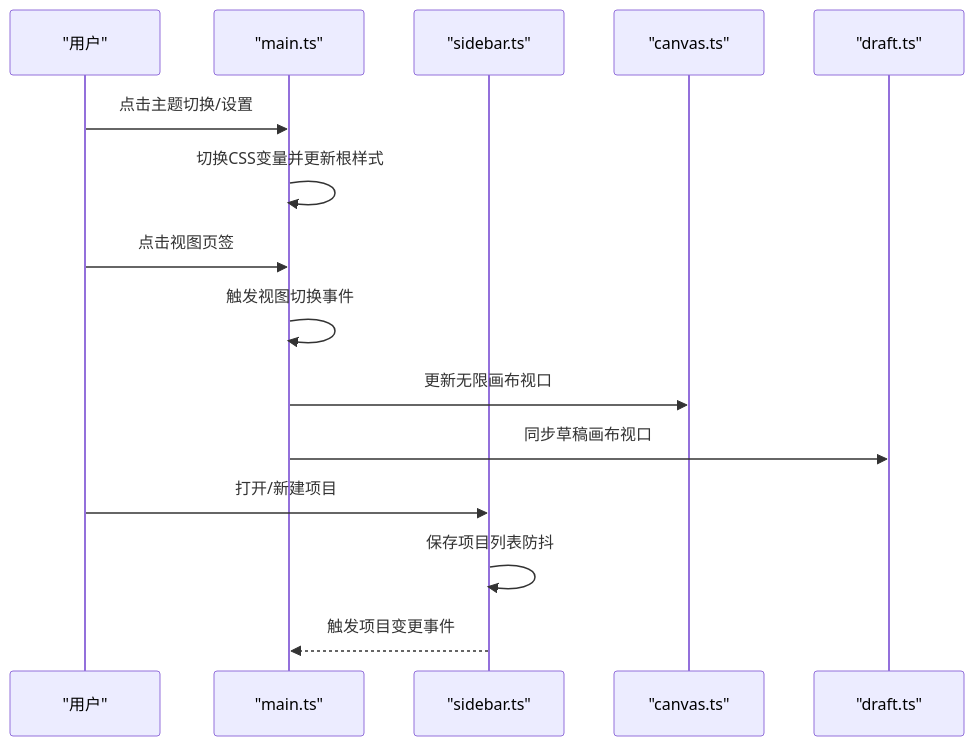
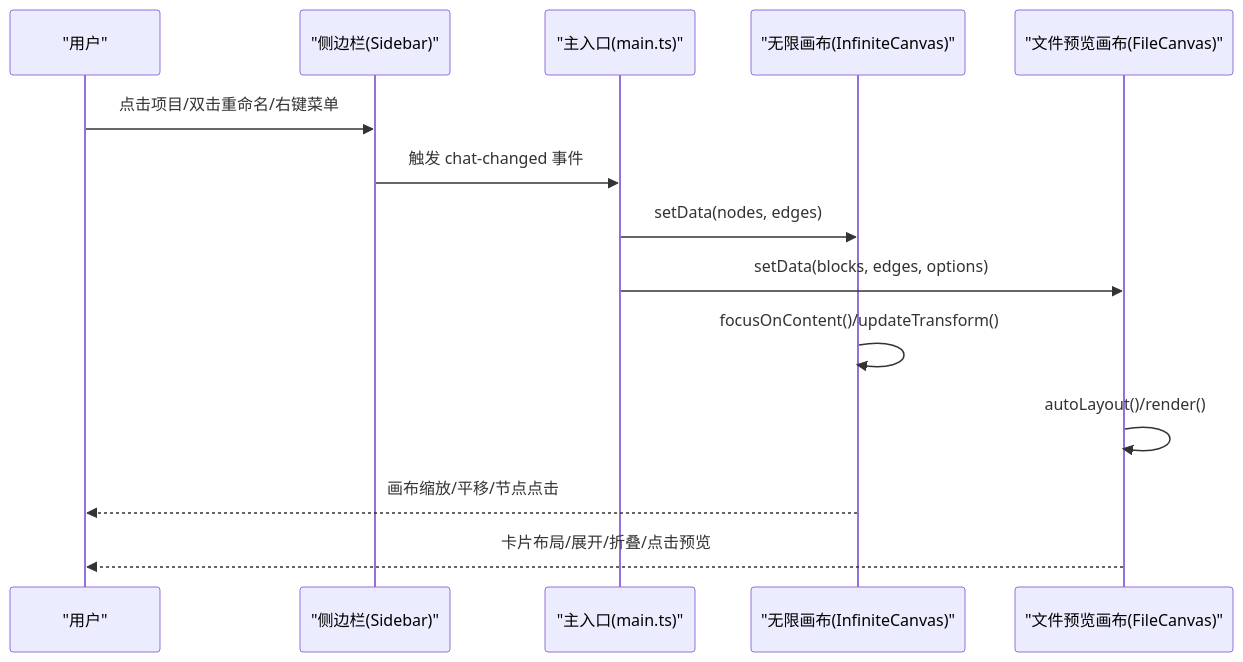
One commit to 2025ppo/aqw changed the second of 8 diagrams in .qoder/repowiki/zh/content/UI组件系统/UI组件系统.md. Above: the diagram before and after it, drawn with Mermaid. The commit also changed other lines of this file and 224 other files, not shown here.

````diff
--- a/.qoder/repowiki/zh/content/UI组件系统/UI组件系统.md
+++ b/.qoder/repowiki/zh/content/UI组件系统/UI组件系统.md
@@ -92,17 +108,16 @@
 ```mermaid
 sequenceDiagram
-participant U as "用户"
-participant M as "main.ts"
-participant S as "sidebar.ts"
-participant C as "canvas.ts"
-participant D as "draft.ts"
-U->>M : 点击主题切换/设置
-M->>M : 切换CSS变量并更新根样式
-U->>M : 点击视图页签
-M->>M : 触发视图切换事件
-M->>C : 更新无限画布视口
-M->>D : 同步草稿画布视口
-U->>S : 打开/新建项目
-S->>S : 保存项目列表防抖
-S-->>M : 触发项目变更事件
+participant User as "用户"
+participant Sidebar as "侧边栏(Sidebar)"
+participant Main as "主入口(main.ts)"
+participant Canvas as "无限画布(InfiniteCanvas)"
+participant FileCanvas as "文件预览画布(FileCanvas)"
+User->>Sidebar : 点击项目/双击重命名/右键菜单
+Sidebar->>Main : 触发 chat-changed 事件
+Main->>Canvas : setData(nodes, edges)
+Main->>FileCanvas : setData(blocks, edges, options)
+Canvas->>Canvas : focusOnContent()/updateTransform()
+FileCanvas->>FileCanvas : autoLayout()/render()
+Canvas-->>User : 画布缩放/平移/节点点击
+FileCanvas-->>User : 卡片布局/展开/折叠/点击预览
 ```
````
